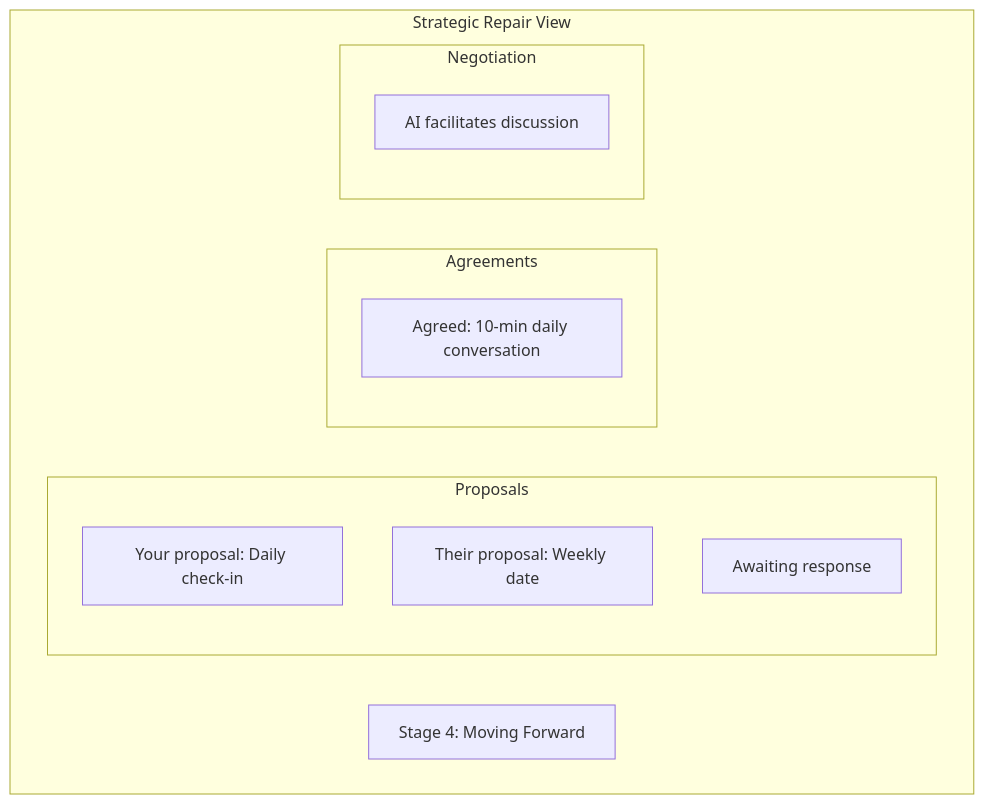
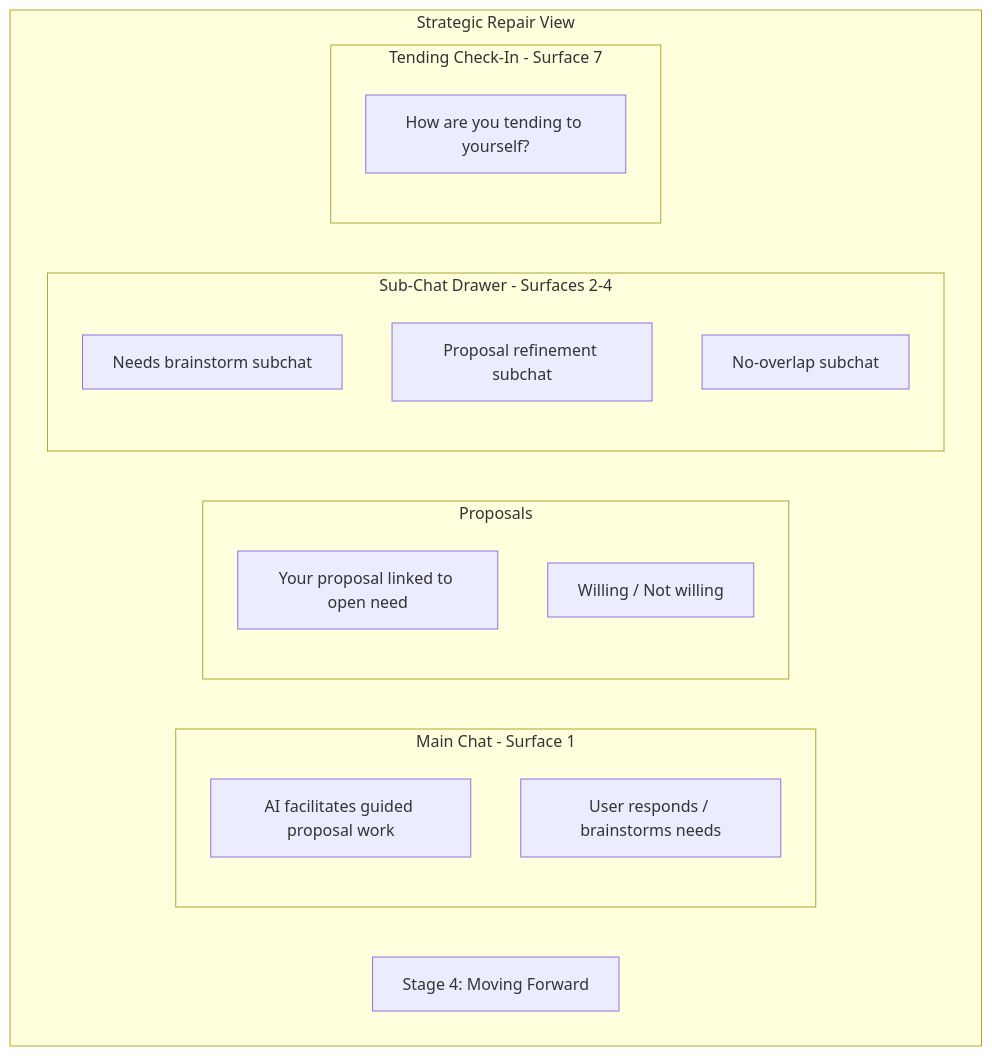
Before and after one commit to shantamg/meet-without-fear: the eighth of 11 diagrams in docs/mobile/wireframes/chat-interface.md, drawn with Mermaid. The commit also changed other lines of this file and 4 other files, not shown here.

````diff
--- a/docs/mobile/wireframes/chat-interface.md
+++ b/docs/mobile/wireframes/chat-interface.md
@@ -185,20 +185,26 @@
 ```mermaid
 flowchart TB
     subgraph RepairChat[Strategic Repair View]
         Header4[Stage 4: Moving Forward]
 
-        subgraph ProposalArea[Proposals]
-            YourProp[Your proposal: Daily check-in]
-            TheirProp[Their proposal: Weekly date]
-            PropStatus[Awaiting response]
+        subgraph Chat4[Main Chat - Surface 1]
+            AI41[AI facilitates guided proposal work]
+            User41[User responds / brainstorms needs]
         end
 
-        subgraph AgreedArea[Agreements]
-            Agreed1[Agreed: 10-min daily conversation]
+        subgraph ProposalArea[Proposals]
+            YourProp[Your proposal linked to open need]
+            PropResponse[Willing / Not willing]
         end
 
-        subgraph Chat4[Negotiation]
-            AI41[AI facilitates discussion]
+        subgraph SubChatDrawer[Sub-Chat Drawer - Surfaces 2-4]
+            SC1[Needs brainstorm subchat]
+            SC2[Proposal refinement subchat]
+            SC3[No-overlap subchat]
+        end
+
+        subgraph TendingArea[Tending Check-In - Surface 7]
+            Tending[How are you tending to yourself?]
         end
     end
 ```
````
